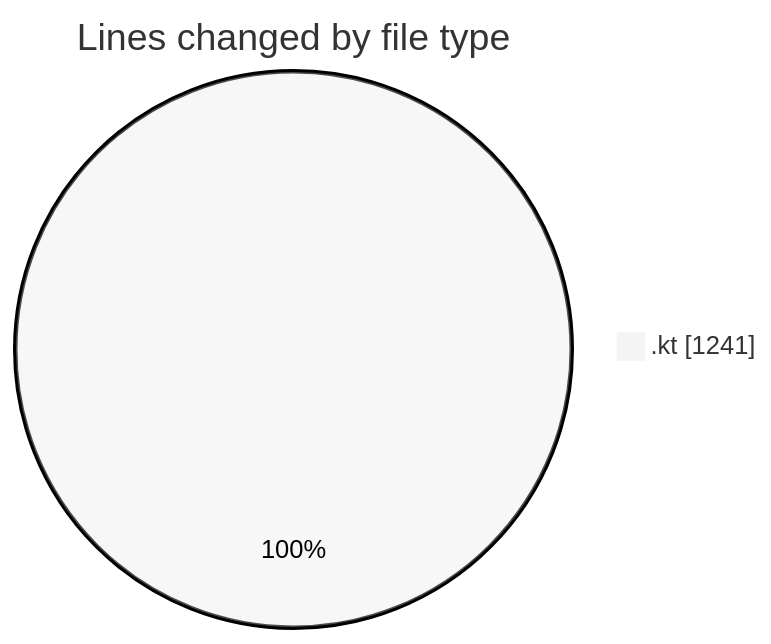
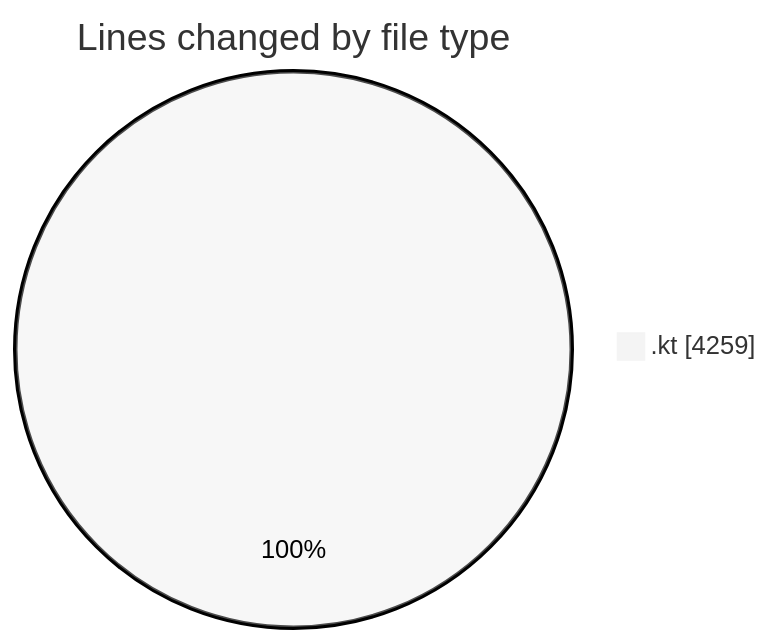
One commit to Unknowalive/code-tracking changed the first of 2 diagrams in 2026-04-08/t2s/README.md. Above: the diagram before and after it, drawn with Mermaid (neutral theme). The commit also changed other lines of this file and 1 other file, not shown here.

````diff
--- a/2026-04-08/t2s/README.md
+++ b/2026-04-08/t2s/README.md
@@ -23,5 +30,5 @@
 ```mermaid
 pie showData
 title Lines changed by file type
-".kt" : 1241
+".kt" : 4259
 ```
````
